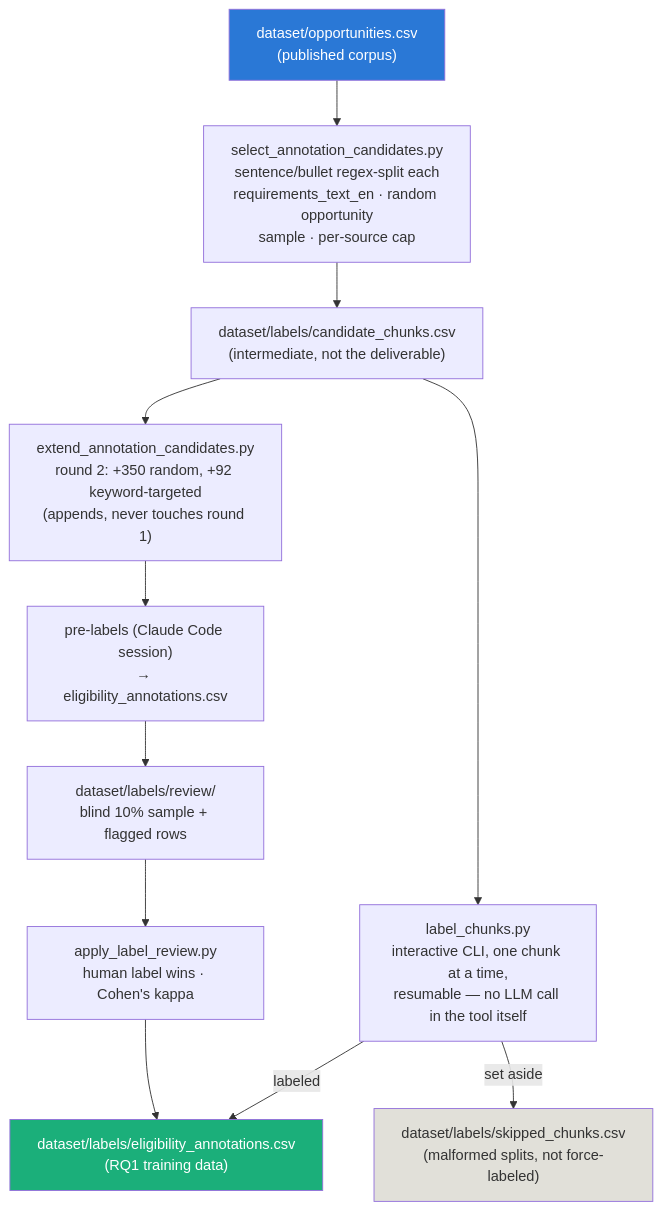
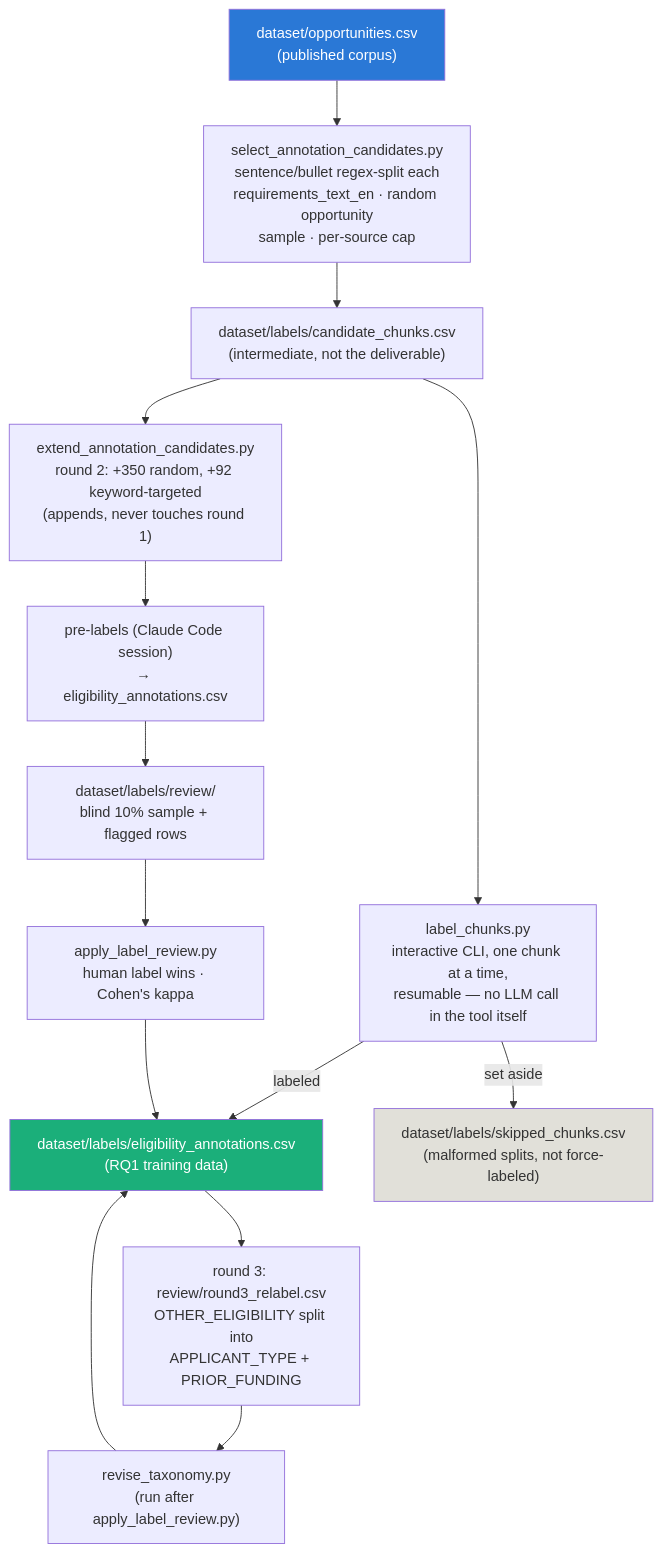
Before and after one commit to Lucaisok/open_art: the third of 3 diagrams in flows.md, drawn with Mermaid. The commit also changed other lines of this file and 19 other files, not shown here.

````diff
--- a/flows.md
+++ b/flows.md
@@ -120,18 +120,21 @@
 ```mermaid
 flowchart TD
     OUT["dataset/opportunities.csv\n(published corpus)"]
     OUT --> SEL["select_annotation_candidates.py\nsentence/bullet regex-split each\nrequirements_text_en · random opportunity\nsample · per-source cap"]
     SEL --> CAND["dataset/labels/candidate_chunks.csv\n(intermediate, not the deliverable)"]
     CAND --> LAB["label_chunks.py\ninteractive CLI, one chunk at a time,\nresumable — no LLM call in the tool itself"]
     LAB -- labeled --> ANN["dataset/labels/eligibility_annotations.csv\n(RQ1 training data)"]
     LAB -- set aside --> SKIP["dataset/labels/skipped_chunks.csv\n(malformed splits, not force-labeled)"]
     CAND --> EXT["extend_annotation_candidates.py\nround 2: +350 random, +92 keyword-targeted\n(appends, never touches round 1)"]
     EXT --> PRE["pre-labels (Claude Code session)\n→ eligibility_annotations.csv"]
     PRE --> REV["dataset/labels/review/\nblind 10% sample + flagged rows"]
     REV --> APPLY["apply_label_review.py\nhuman label wins · Cohen's kappa"]
     APPLY --> ANN
+    ANN --> R3["round 3: review/round3_relabel.csv\nOTHER_ELIGIBILITY split into\nAPPLICANT_TYPE + PRIOR_FUNDING"]
+    R3 --> TAX["revise_taxonomy.py\n(run after apply_label_review.py)"]
+    TAX --> ANN
 
     style OUT fill:#2a78d6,color:#fff
     style ANN fill:#1baf7a,color:#fff
     style SKIP fill:#e1e0d9,color:#333
 ```
````
